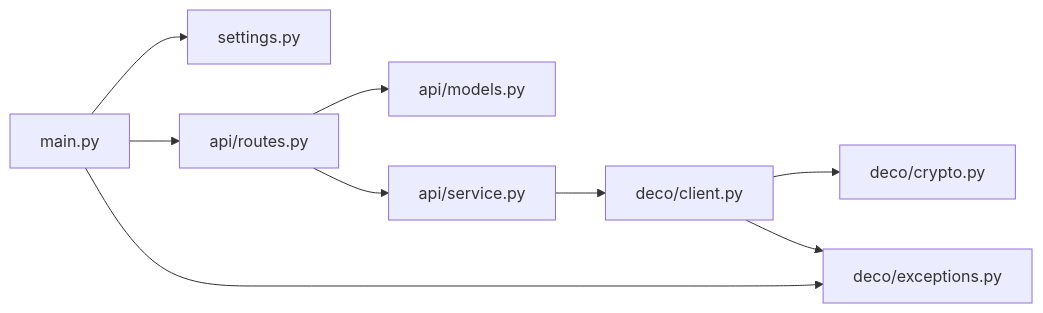
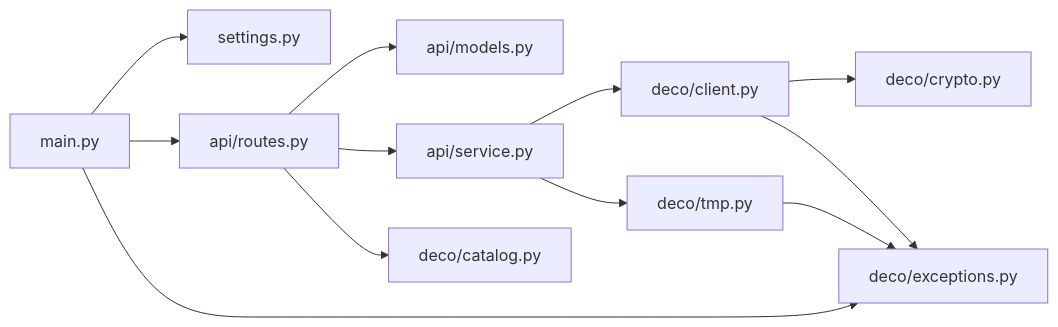
Before and after one commit to msageha/tplink-deco-be85-api: the third of 3 diagrams in README.md, drawn with Mermaid. The commit also changed other lines of this file and 21 other files, not shown here.

First line of the commit message:
feat(api)!: ファームウェアから復元した luci と Deco アプリ (TMP) の操作を endpoint にする (#66)

````diff
--- a/README.md
+++ b/README.md
@@ -551,11 +628,14 @@
 ```mermaid
 flowchart LR
     main[main.py] --> settings[settings.py]
     main --> routes[api/routes.py]
     routes --> models[api/models.py]
     routes --> service[api/service.py]
     service --> client[deco/client.py]
+    service --> tmp[deco/tmp.py]
+    routes --> catalog[deco/catalog.py]
     client --> crypto[deco/crypto.py]
     client --> exceptions[deco/exceptions.py]
+    tmp --> exceptions
     main --> exceptions
 ```
````
